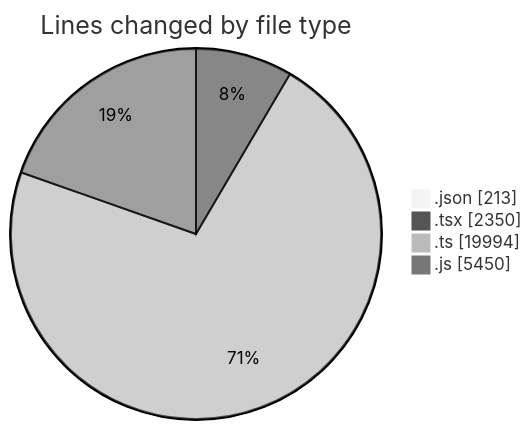
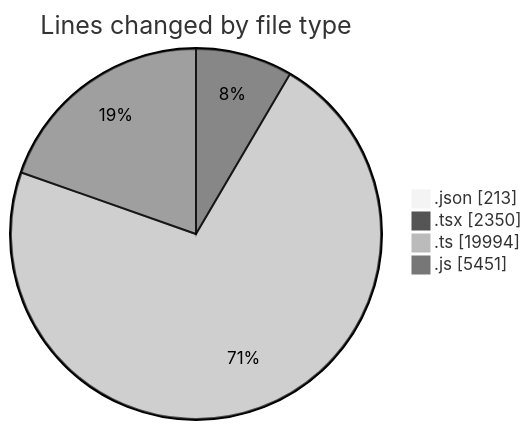
Before and after one commit to momahboobian/code-tracking: the first of 2 diagrams in 2025-07-28/cda/README.md, drawn with Mermaid (neutral theme). The commit also changed other lines of this file and 1 other file, not shown here.

````diff
--- a/2025-07-28/cda/README.md
+++ b/2025-07-28/cda/README.md
@@ -33,8 +33,8 @@
 ```mermaid
 pie showData
 title Lines changed by file type
 ".json" : 213
 ".tsx" : 2350
 ".ts" : 19994
-".js" : 5450
+".js" : 5451
 ```
````
